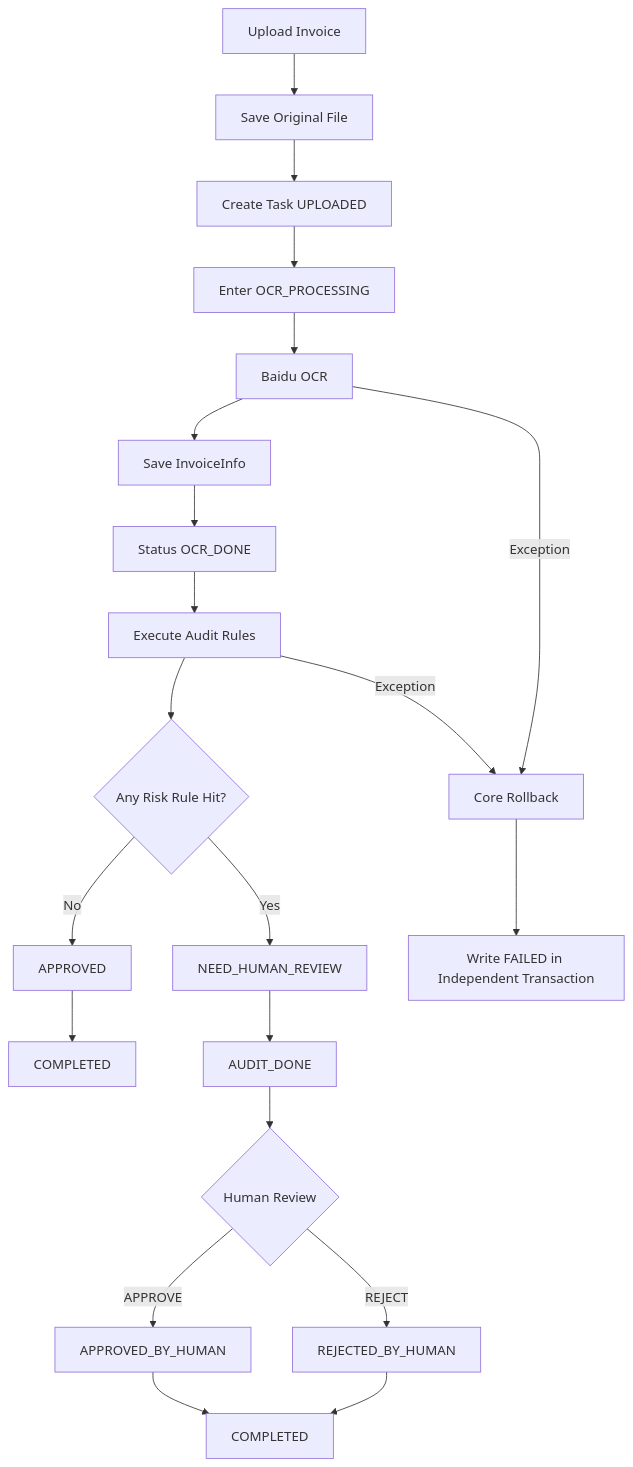
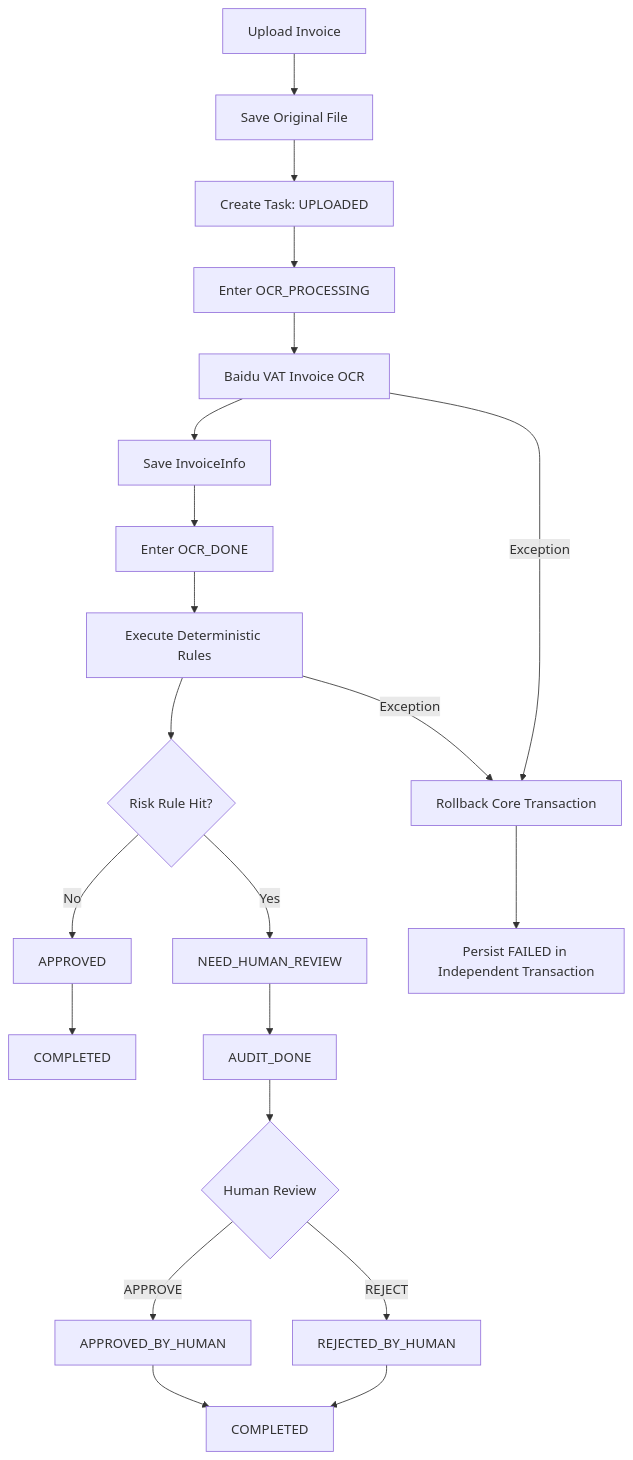
The second of 5 diagrams in README.md (Chuan1130/invoice-agent-system), drawn with Mermaid before and after one commit. The commit also changed other lines of this file, not shown here.

````diff
--- a/README.md
+++ b/README.md
@@ -108,23 +128,23 @@
 ```mermaid
 flowchart TD
     A[Upload Invoice] --> B[Save Original File]
-    B --> C[Create Task UPLOADED]
+    B --> C[Create Task: UPLOADED]
     C --> D[Enter OCR_PROCESSING]
-    D --> E[Baidu OCR]
+    D --> E[Baidu VAT Invoice OCR]
     E --> F[Save InvoiceInfo]
-    F --> G[Status OCR_DONE]
-    G --> H[Execute Audit Rules]
-    H --> I{Any Risk Rule Hit?}
+    F --> G[Enter OCR_DONE]
+    G --> H[Execute Deterministic Rules]
+    H --> I{Risk Rule Hit?}
     I -->|No| J[APPROVED]
     J --> K[COMPLETED]
     I -->|Yes| L[NEED_HUMAN_REVIEW]
     L --> M[AUDIT_DONE]
     M --> N{Human Review}
     N -->|APPROVE| O[APPROVED_BY_HUMAN]
     N -->|REJECT| P[REJECTED_BY_HUMAN]
     O --> Q[COMPLETED]
     P --> Q
-    E -->|Exception| R[Core Rollback]
+    E -->|Exception| R[Rollback Core Transaction]
     H -->|Exception| R
-    R --> S[Write FAILED in Independent Transaction]
+    R --> S[Persist FAILED in Independent Transaction]
 ```
````
